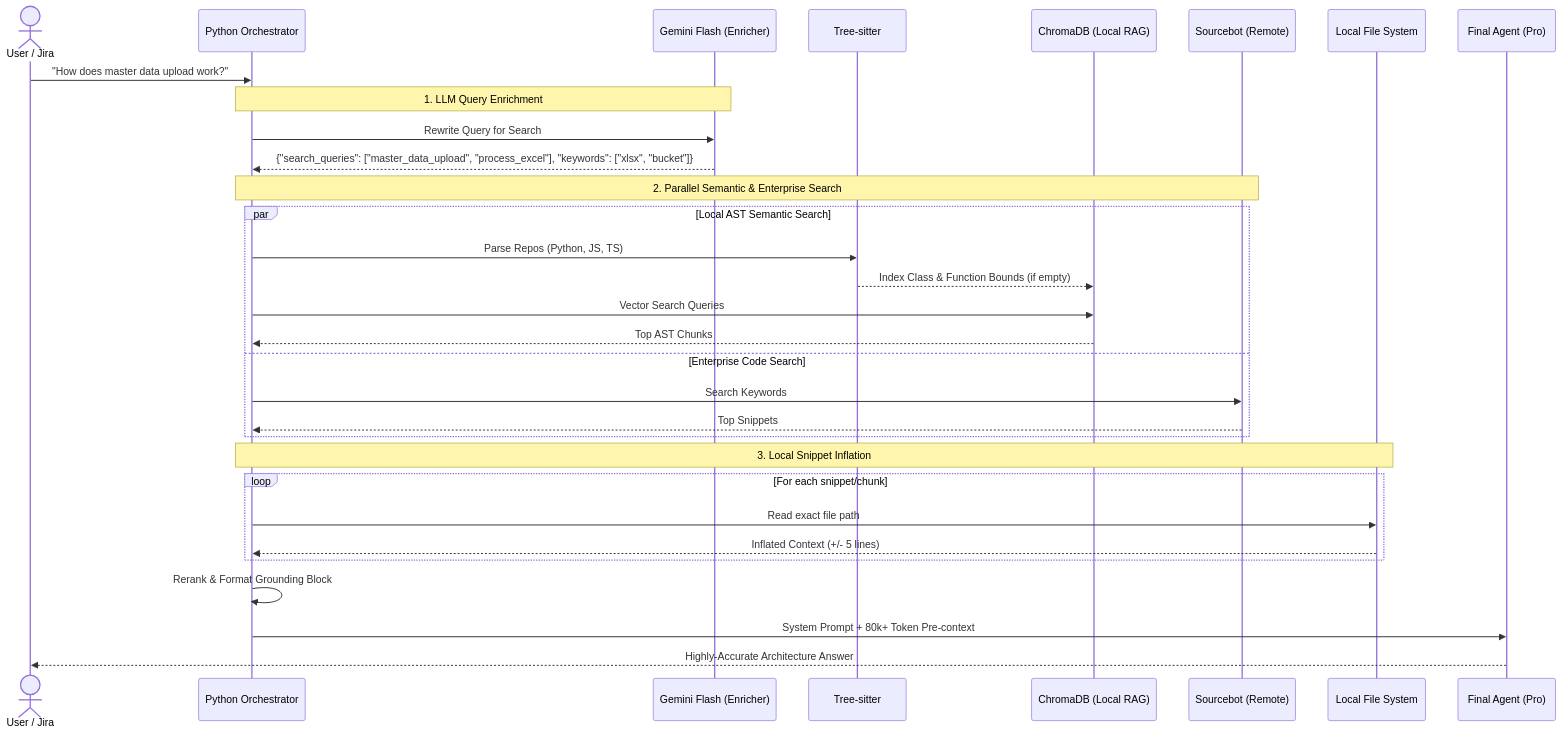
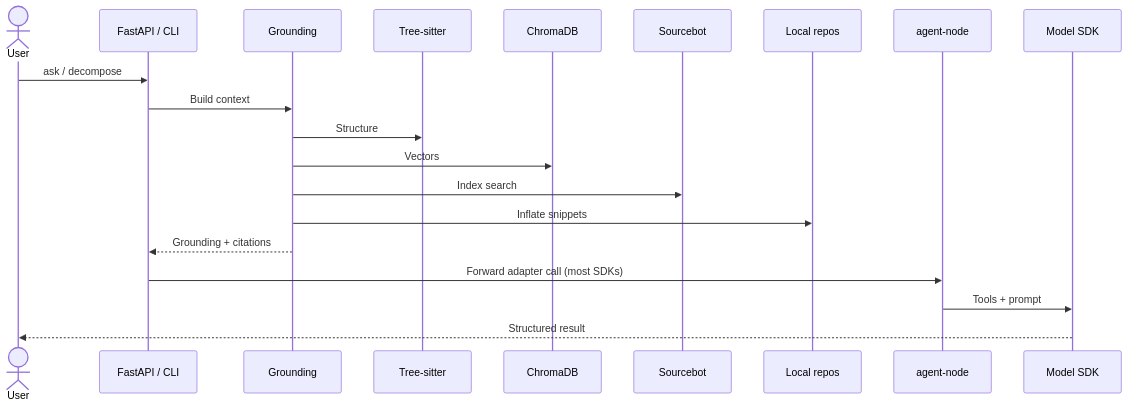
One commit to MHMALEK/polycontext changed the second of 2 diagrams in README.md. Above: the diagram before and after it, drawn with Mermaid. The commit also changed other lines of this file and 46 other files, not shown here.

First line of the commit message:
refactor: remove Jira integrations and refine decompose paths

````diff
--- a/README.md
+++ b/README.md
@@ -42,38 +168,23 @@
 ```mermaid
 sequenceDiagram
-    actor U as User / Jira
-    participant B as Python Orchestrator
-    participant E as Gemini Flash (Enricher)
+    actor U as User
+    participant API as FastAPI / CLI
+    participant G as Grounding
     participant AST as Tree-sitter
-    participant Chroma as ChromaDB (Local RAG)
-    participant Sbot as Sourcebot (Remote)
-    participant OS as Local File System
-    participant LLM as Final Agent (Pro)
+    participant Chroma as ChromaDB
+    participant Sbot as Sourcebot
+    participant FS as Local repos
+    participant AN as agent-node
+    participant LLM as Model SDK
 
-    U->>B: "How does master data upload work?"
-    
-    note over B,E: 1. LLM Query Enrichment
-    B->>E: Rewrite Query for Search
-    E-->>B: {"search_queries": ["master_data_upload", "process_excel"], "keywords": ["xlsx", "bucket"]}
-    
-    note over B,Sbot: 2. Parallel Semantic & Enterprise Search
-    par Local AST Semantic Search
-        B->>AST: Parse Repos (Python, JS, TS)
-        AST-->>Chroma: Index Class & Function Bounds (if empty)
-        B->>Chroma: Vector Search Queries
-        Chroma-->>B: Top AST Chunks
-    and Enterprise Code Search
-        B->>Sbot: Search Keywords
-        Sbot-->>B: Top Snippets
-    end
-    
-    note over B,OS: 3. Local Snippet Inflation
-    loop For each snippet/chunk
-        B->>OS: Read exact file path
-        OS-->>B: Inflated Context (+/- 5 lines)
-    end
-
-    B->>B: Rerank & Format Grounding Block
-    B->>LLM: System Prompt + 80k+ Token Pre-context
-    LLM-->>U: Highly-Accurate Architecture Answer
+    U->>API: ask / decompose
+    API->>G: Build context
+    G->>AST: Structure
+    G->>Chroma: Vectors
+    G->>Sbot: Index search
+    G->>FS: Inflate snippets
+    G-->>API: Grounding + citations
+    API->>AN: Forward adapter call (most SDKs)
+    AN->>LLM: Tools + prompt
+    LLM-->>U: Structured result
 ```
````
